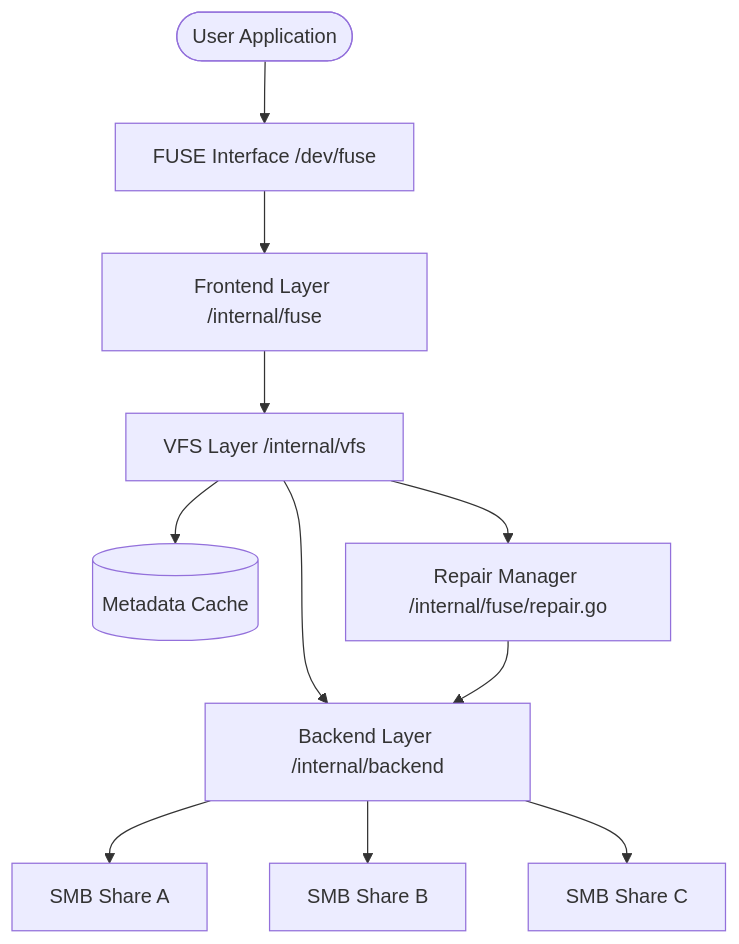
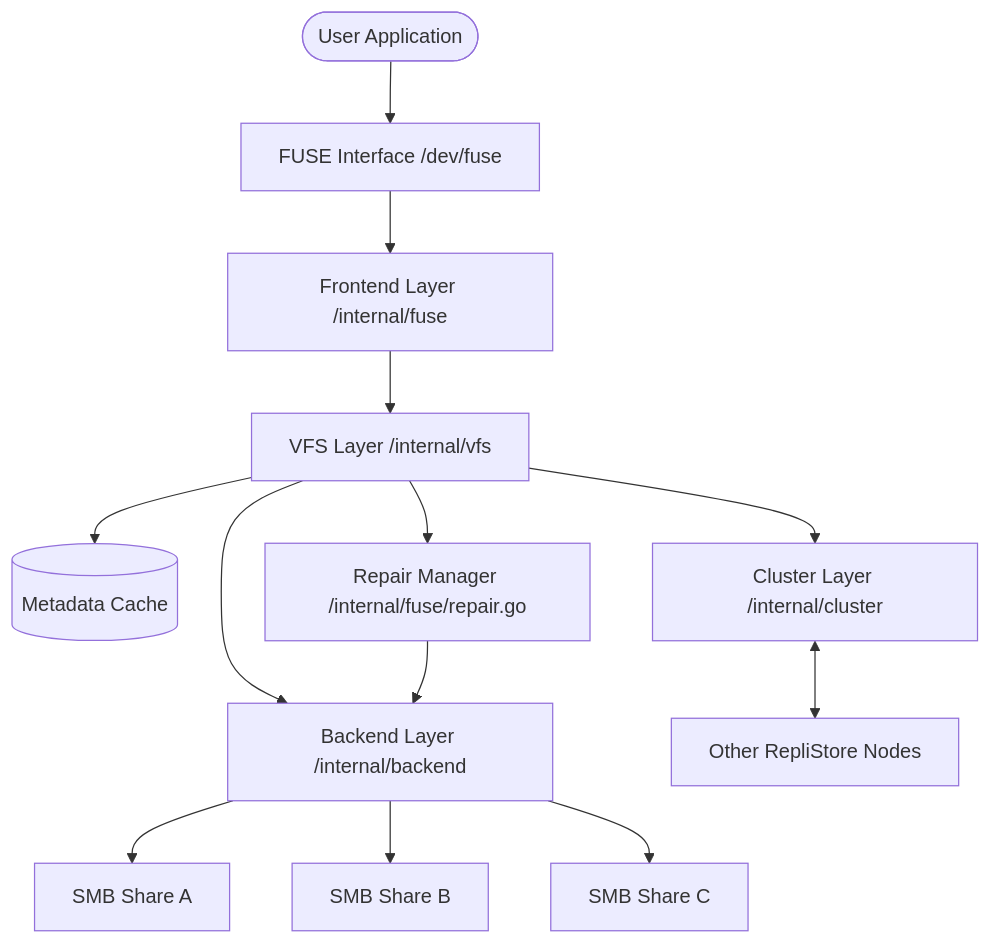
The diagram in docs/architecture.md (digitalentity/replistore), drawn with Mermaid before and after one commit. The commit also changed other lines of this file and 4 other files, not shown here.

````diff
--- a/docs/architecture.md
+++ b/docs/architecture.md
@@ -12,13 +13,15 @@
 ```mermaid
 graph TD
     User([User Application]) --> FUSE[FUSE Interface /dev/fuse]
     FUSE --> Frontend[Frontend Layer /internal/fuse]
     Frontend --> VFS[VFS Layer /internal/vfs]
     VFS --> Cache[(Metadata Cache)]
     VFS --> Backend[Backend Layer /internal/backend]
+    VFS --> Cluster[Cluster Layer /internal/cluster]
     VFS --> Repair[Repair Manager /internal/fuse/repair.go]
+    Cluster <--> Peer[Other RepliStore Nodes]
     Repair --> Backend
     Backend --> SMB1[SMB Share A]
     Backend --> SMB2[SMB Share B]
     Backend --> SMB3[SMB Share C]
 ```
````
